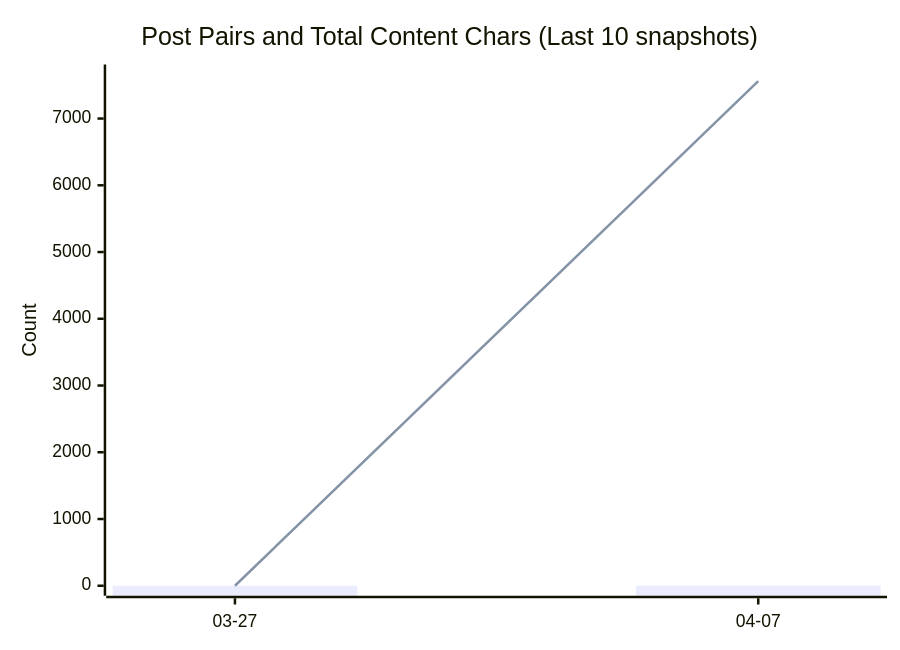
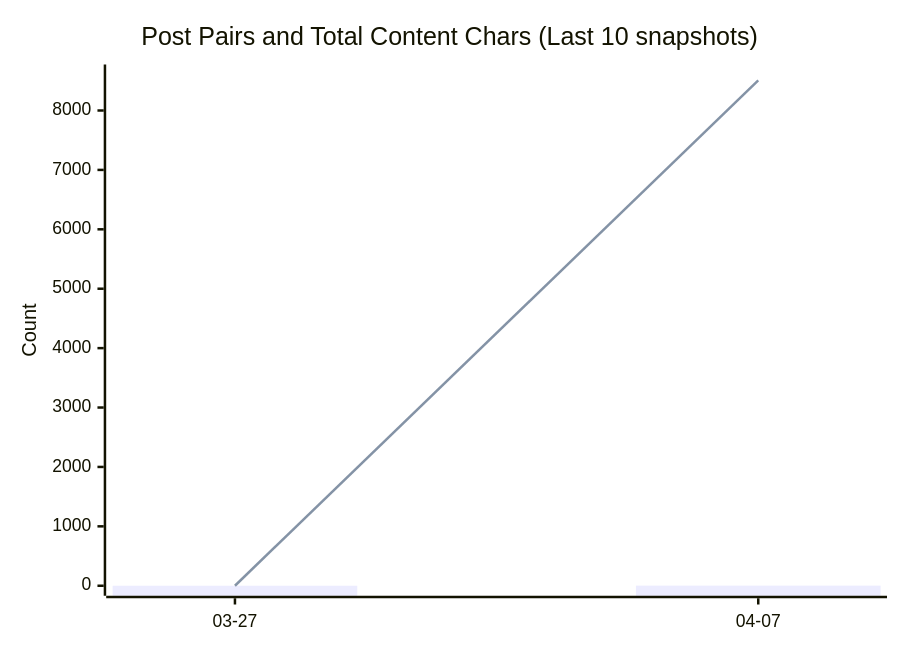
Before and after one commit to ttw225/blog: the diagram in README.md, drawn with Mermaid. The commit also changed other lines of this file and 3 other files, not shown here.

````diff
--- a/README.md
+++ b/README.md
@@ -25,8 +25,8 @@
 ```mermaid
 xychart-beta
   title "Post Pairs and Total Content Chars (Last 10 snapshots)"
   x-axis ["03-27", "04-07"]
-  y-axis "Count" 0 --> 7660
+  y-axis "Count" 0 --> 8606
   bar [0, 2]
-  line [0, 7560]
+  line [0, 8506]
 ```
````
